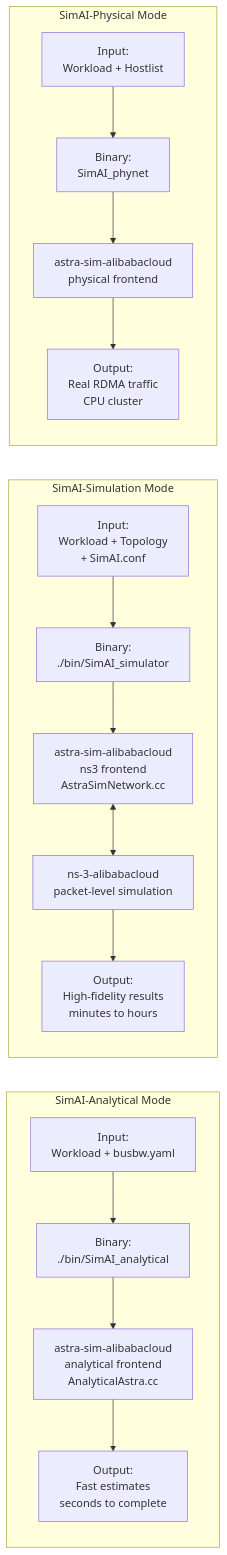
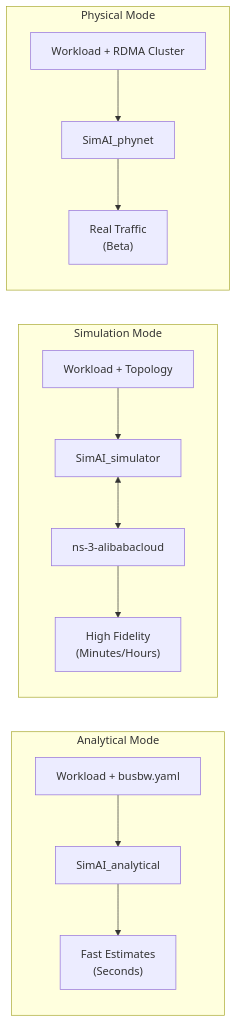
The second of 2 diagrams in tools/__tests__/fixtures/converters/deepwiki-com/simai-overview.expected.md (charles1614/hirono-wiki), drawn with Mermaid before and after one commit. The commit also changed other lines of this file and 989 other files, not shown here.

````diff
--- a/tools/__tests__/fixtures/converters/deepwiki-com/simai-overview.expected.md
+++ b/tools/__tests__/fixtures/converters/deepwiki-com/simai-overview.expected.md
@@ -105,40 +90,18 @@
 ```mermaid
 graph LR
-    subgraph AnalyticalMode["SimAI-Analytical Mode"]
-        direction TB
-        A_Input["Input:<br/>Workload + busbw.yaml"]
-        A_Binary["Binary:<br/>./bin/SimAI_analytical"]
-        A_Engine["astra-sim-alibabacloud<br/>analytical frontend<br/>AnalyticalAstra.cc"]
-        A_Output["Output:<br/>Fast estimates<br/>seconds to complete"]
-
-        A_Input --> A_Binary
-        A_Binary --> A_Engine
-        A_Engine --> A_Output
+    subgraph "Analytical Mode"
+        A_Input["Workload + busbw.yaml"] --> A_Bin["SimAI_analytical"]
+        A_Bin --> A_Res["Fast Estimates<br/>(Seconds)"]
     end
 
-    subgraph SimulationMode["SimAI-Simulation Mode"]
-        direction TB
-        S_Input["Input:<br/>Workload + Topology<br/>+ SimAI.conf"]
-        S_Binary["Binary:<br/>./bin/SimAI_simulator"]
-        S_Engine["astra-sim-alibabacloud<br/>ns3 frontend<br/>AstraSimNetwork.cc"]
-        S_NS3["ns-3-alibabacloud<br/>packet-level simulation"]
-        S_Output["Output:<br/>High-fidelity results<br/>minutes to hours"]
-
-        S_Input --> S_Binary
-        S_Binary --> S_Engine
-        S_Engine <--> S_NS3
-        S_NS3 --> S_Output
+    subgraph "Simulation Mode"
+        S_Input["Workload + Topology"] --> S_Bin["SimAI_simulator"]
+        S_Bin <--> S_NS3["ns-3-alibabacloud"]
+        S_NS3 --> S_Res["High Fidelity<br/>(Minutes/Hours)"]
     end
 
-    subgraph PhysicalMode["SimAI-Physical Mode"]
-        direction TB
-        P_Input["Input:<br/>Workload + Hostlist"]
-        P_Binary["Binary:<br/>SimAI_phynet"]
-        P_Engine["astra-sim-alibabacloud<br/>physical frontend"]
-        P_Output["Output:<br/>Real RDMA traffic<br/>CPU cluster"]
-
-        P_Input --> P_Binary
-        P_Binary --> P_Engine
-        P_Engine --> P_Output
+    subgraph "Physical Mode"
+        P_Input["Workload + RDMA Cluster"] --> P_Bin["SimAI_phynet"]
+        P_Bin --> P_Res["Real Traffic<br/>(Beta)"]
     end
 ```
````
